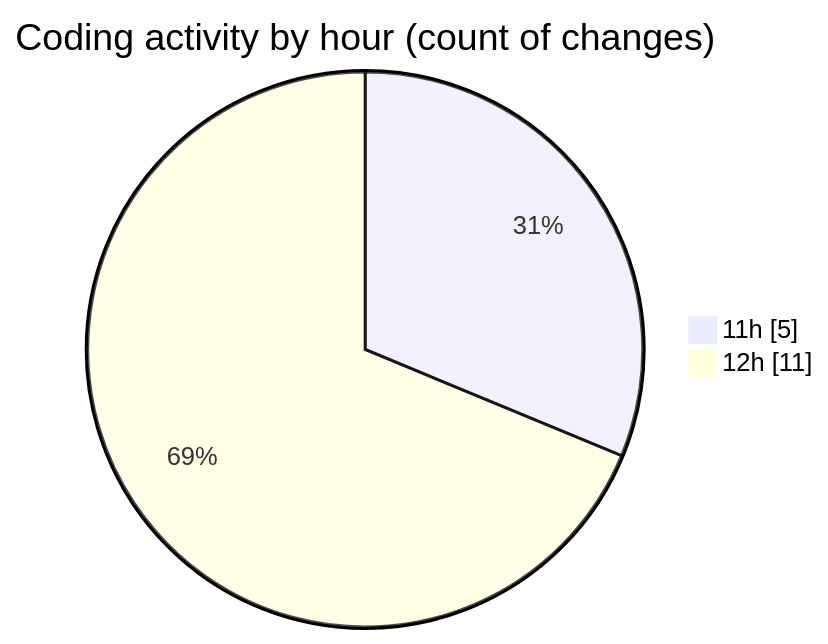
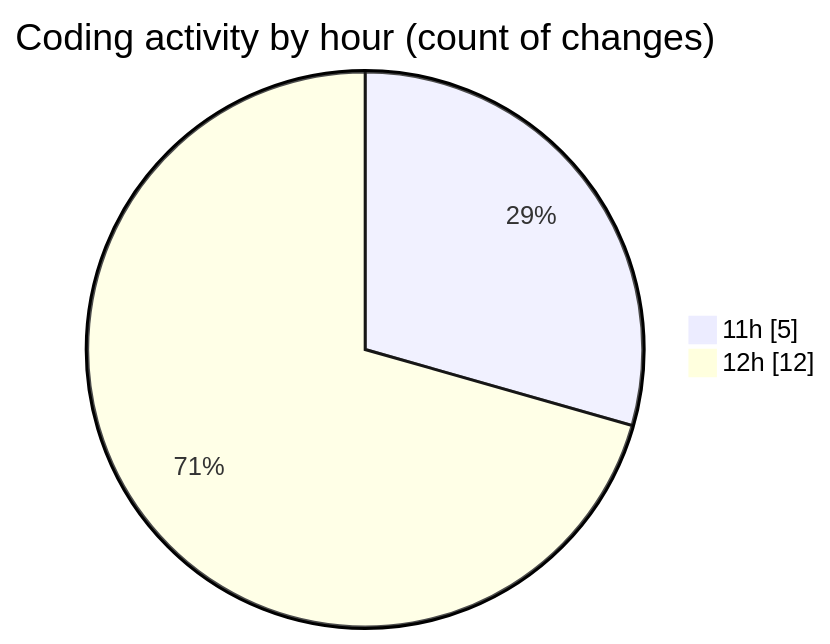
One commit to nxtqubesakshisongat/code-tracking changed the second of 2 diagrams in 2026-01-21/nxtqube_webapp/README.md. Above: the diagram before and after it, drawn with Mermaid. The commit also changed other lines of this file and 1 other file, not shown here.

````diff
--- a/2026-01-21/nxtqube_webapp/README.md
+++ b/2026-01-21/nxtqube_webapp/README.md
@@ -37,6 +37,6 @@
 ```mermaid
 pie showData
 title Coding activity by hour (count of changes)
 "11h" : 5
-"12h" : 11
+"12h" : 12
 ```
````
